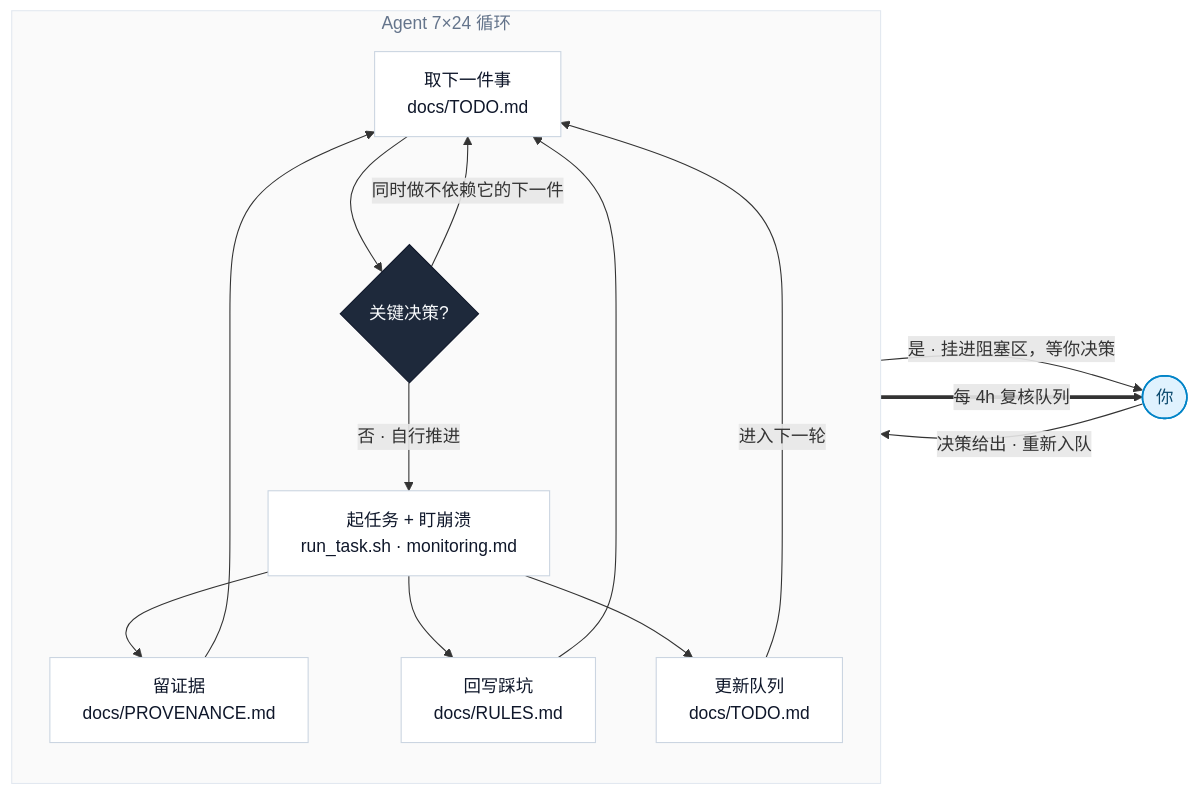
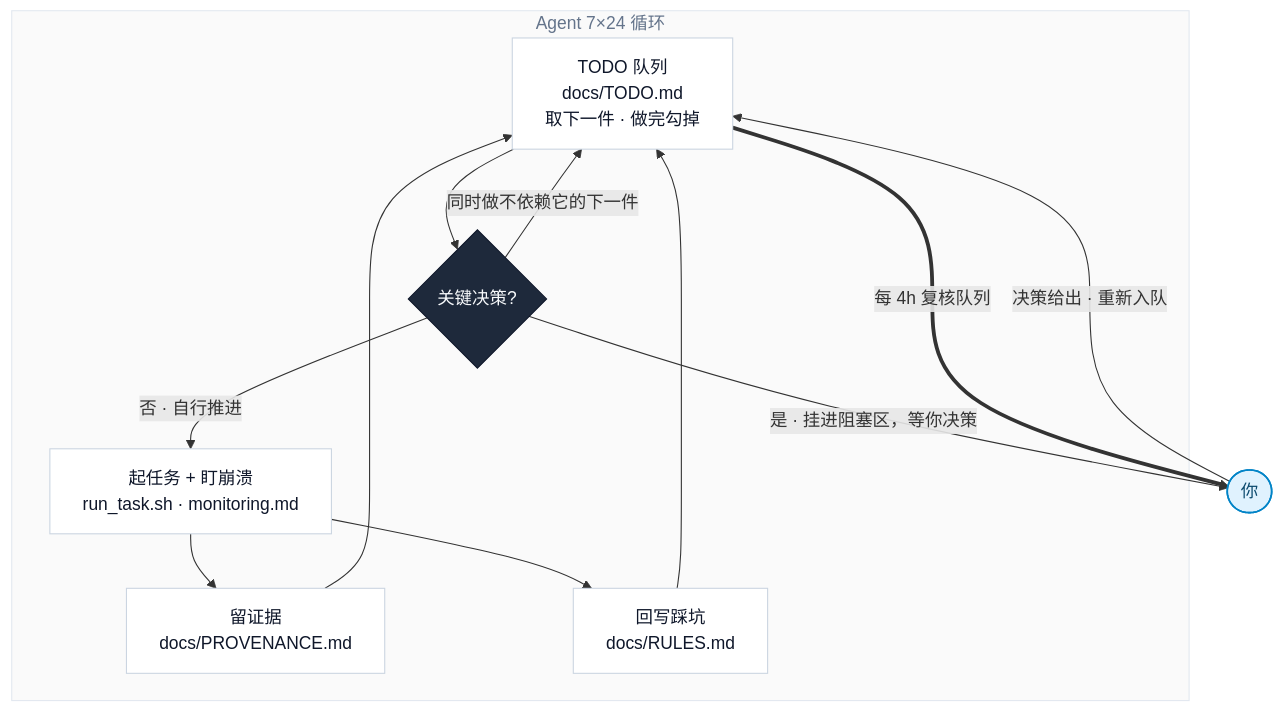
The diagram in README.md (hashiruu/agent-experiment), drawn with Mermaid before and after one commit. The commit also changed 1 other file, not shown here.

Commit message:
Attach the outside edges to real nodes, merge the two TODO boxes

````diff
--- a/README.md
+++ b/README.md
@@ -22,32 +22,28 @@
 ```mermaid
-flowchart LR
+flowchart TB
     subgraph LOOP["Agent 7×24 循环"]
-        direction TB
-        T1["取下一件事<br/>docs/TODO.md"]
+        Q["TODO 队列<br/>docs/TODO.md<br/>取下一件 · 做完勾掉"]
         D{"关键决策?"}
         T2["起任务 + 盯崩溃<br/>run_task.sh · monitoring.md"]
         PV["留证据<br/>docs/PROVENANCE.md"]
         RL["回写踩坑<br/>docs/RULES.md"]
-        TD["更新队列<br/>docs/TODO.md"]
-        T1 --> D
+        Q --> D
         D -->|"否 · 自行推进"| T2
         T2 --> PV
         T2 --> RL
-        T2 --> TD
-        PV --> T1
-        RL --> T1
-        TD -->|"进入下一轮"| T1
-        D -->|"同时做不依赖它的下一件"| T1
+        PV --> Q
+        RL --> Q
+        D -->|"同时做不依赖它的下一件"| Q
     end
     D -->|"是 · 挂进阻塞区，等你决策"| HU(["你"])
-    HU -->|"决策给出 · 重新入队"| T1
-    TD ==>|"每 4h 复核队列"| HU
+    HU -->|"决策给出 · 重新入队"| Q
+    Q ==>|"每 4h 复核队列"| HU
 
     classDef step fill:#FFFFFF,stroke:#CBD5E1,stroke-width:1px,color:#0F172A
     classDef gate fill:#1E293B,stroke:#0F172A,stroke-width:1px,color:#F8FAFC
     classDef human fill:#E0F2FE,stroke:#0284C7,stroke-width:1.5px,color:#0C4A6E
-    class T1,T2,PV,RL,TD step
+    class Q,T2,PV,RL step
     class D gate
     class HU human
     style LOOP fill:#FAFAFA,stroke:#E2E8F0,color:#64748B
 ```
````
